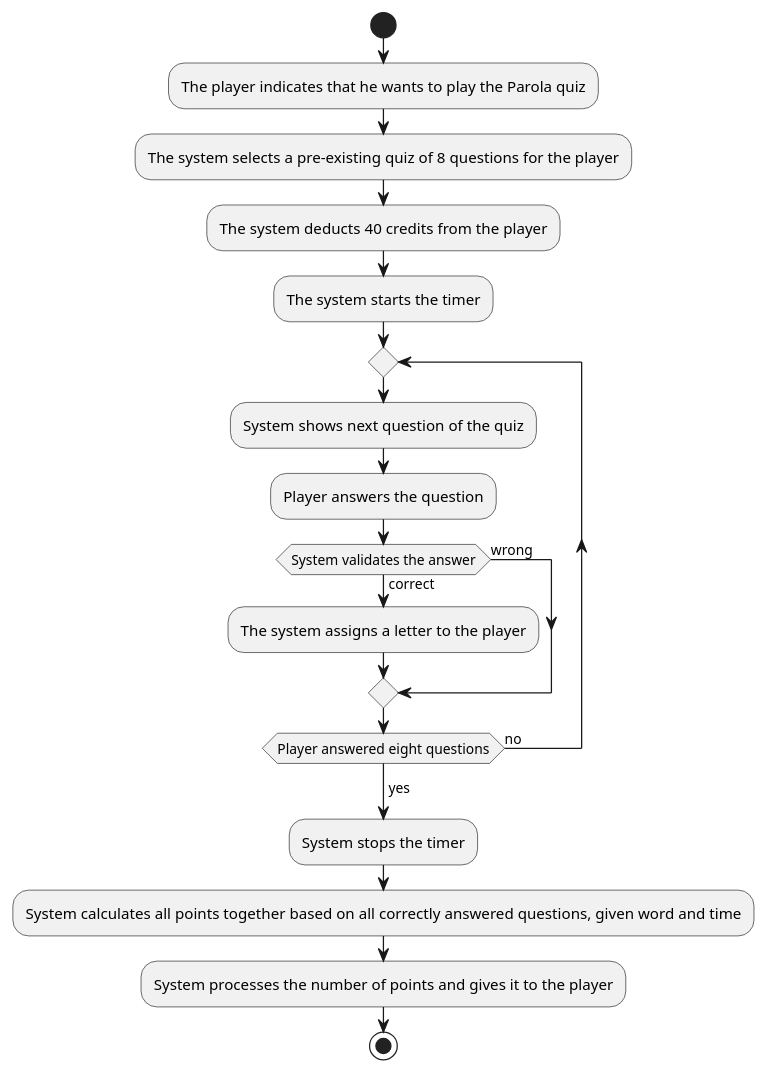
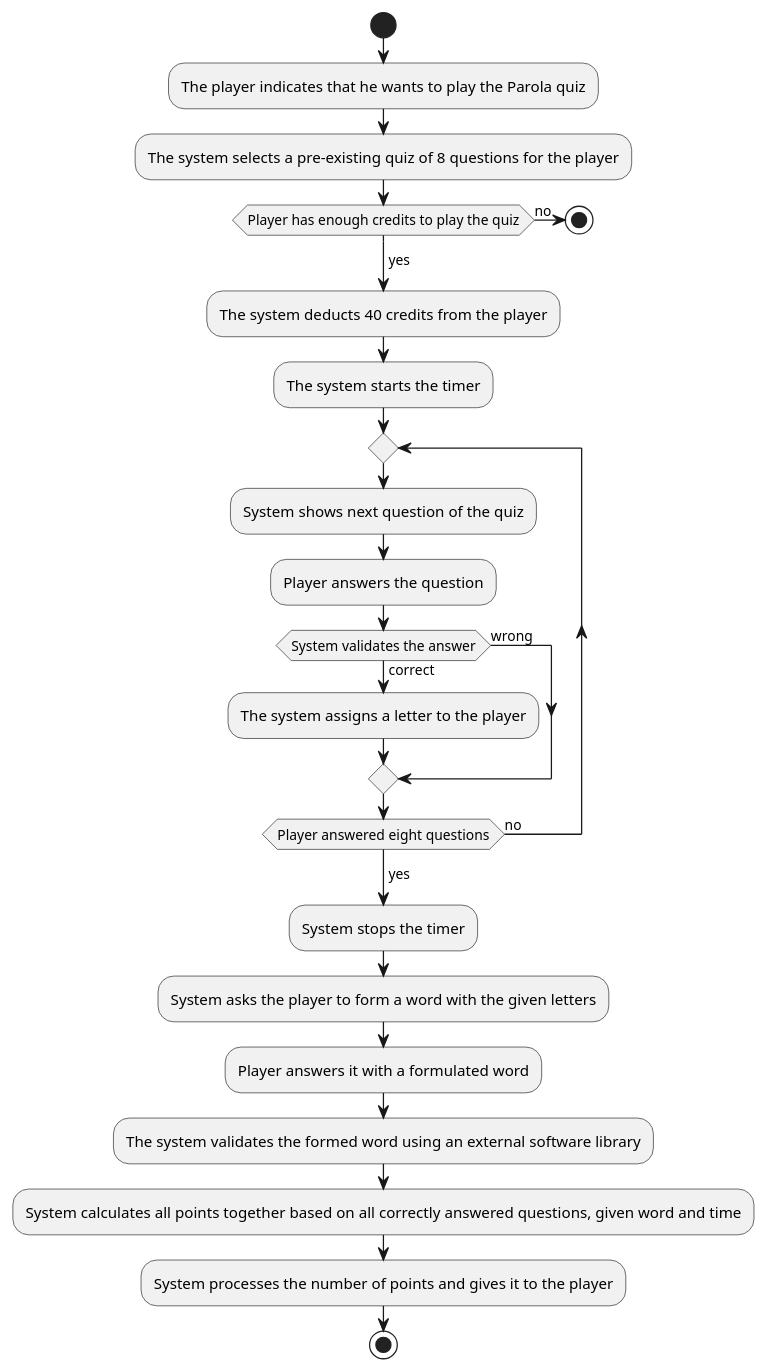
One commit to jchen2011/Parola changed the diagram in diagrams/ac_play_parola.puml. Above: the diagram before and after it, drawn with PlantUML. The commit also changed 15 other files, not shown here.

```diff
--- a/diagrams/ac_play_parola.puml
+++ b/diagrams/ac_play_parola.puml
@@ -1,19 +1,26 @@
 start
 :The player indicates that he wants to play the Parola quiz;
 :The system selects a pre-existing quiz of 8 questions for the player;
+if (Player has enough credits to play the quiz) then (no)
+  stop
+  endif
+->yes;
 :The system deducts 40 credits from the player;
 :The system starts the timer;
 repeat
 :System shows next question of the quiz;
 :Player answers the question;
 
 if (System validates the answer) then (correct)
   :The system assigns a letter to the player;
 else (wrong)
 endif
 repeat while(Player answered eight questions) is (no)
 ->yes;
 :System stops the timer;
+:System asks the player to form a word with the given letters;
+:Player answers it with a formulated word;
+:The system validates the formed word using an external software library;
 :System calculates all points together based on all correctly answered questions, given word and time;
 :System processes the number of points and gives it to the player;
 stop
```
